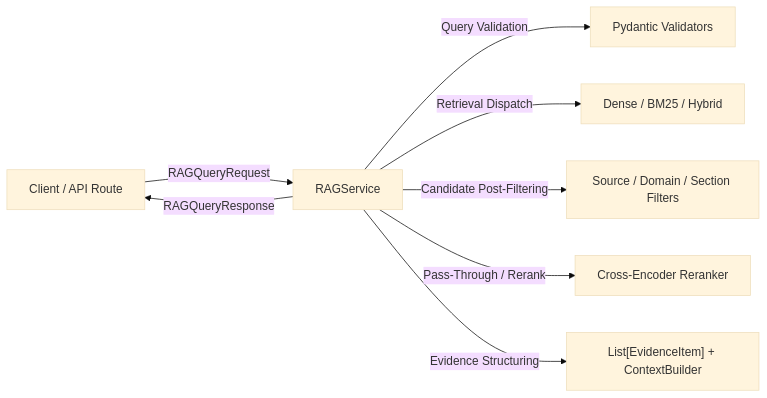
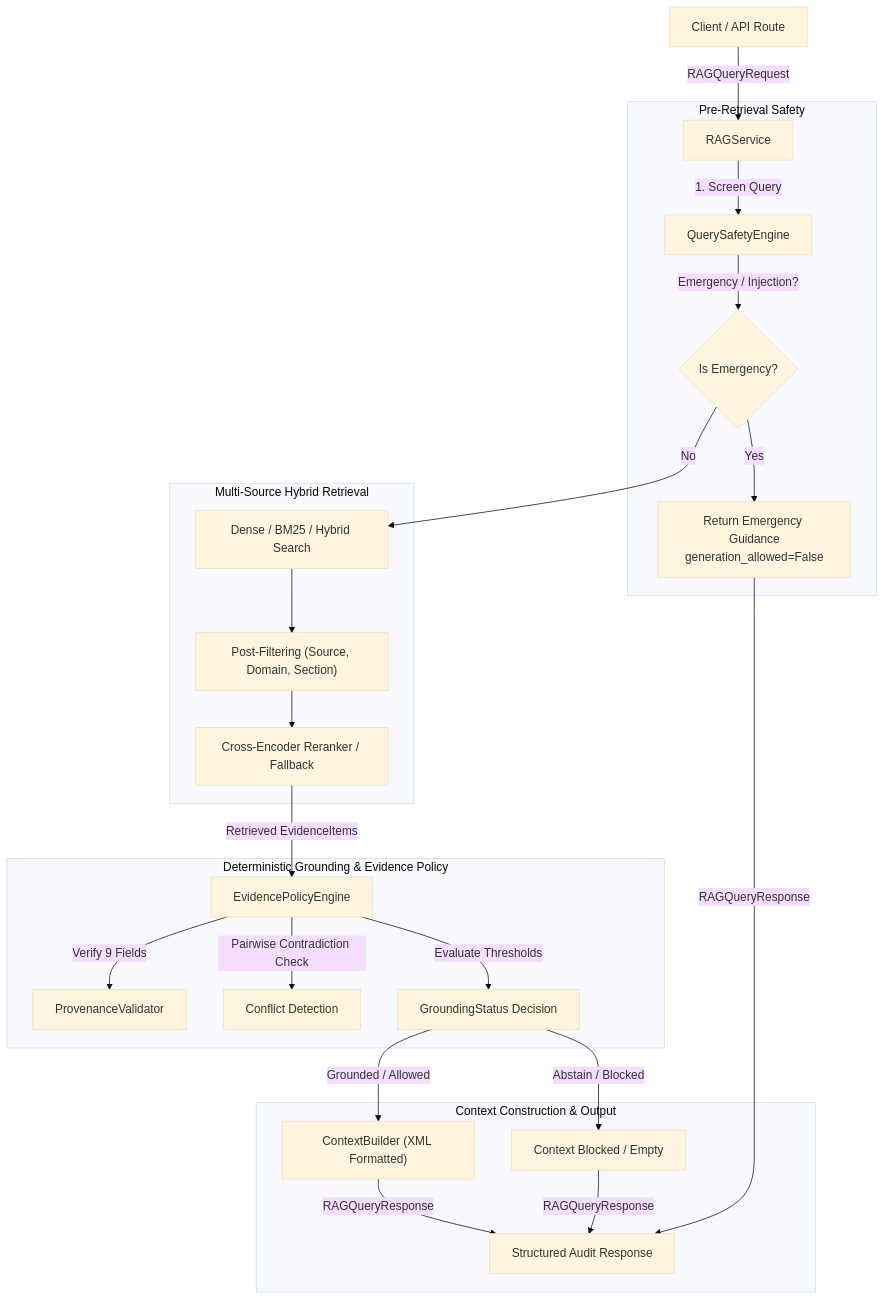
The second of 2 diagrams in .agent/RAG_ARCHITECTURE.md (dragyo7/healthcare-System-major-project-), drawn with Mermaid (base theme) before and after one commit. The commit also changed other lines of this file and 12 other files, not shown here.

Commit message:
feat(rag): add grounding and safety policy foundation

````diff
--- a/.agent/RAG_ARCHITECTURE.md
+++ b/.agent/RAG_ARCHITECTURE.md
@@ -157,10 +157,29 @@
 ```mermaid
-flowchart LR
+flowchart TD
     Client["Client / API Route"] -->|"RAGQueryRequest"| Service["RAGService"]
-    Service -->|"Query Validation"| Validation["Pydantic Validators"]
-    Service -->|"Retrieval Dispatch"| Retrievers["Dense / BM25 / Hybrid"]
-    Service -->|"Candidate Post-Filtering"| Filters["Source / Domain / Section Filters"]
-    Service -->|"Pass-Through / Rerank"| Reranker["Cross-Encoder Reranker"]
-    Service -->|"Evidence Structuring"| Evidence["List[EvidenceItem] + ContextBuilder"]
-    Service -->|"RAGQueryResponse"| Client
+
+    subgraph SafetyTriage [Pre-Retrieval Safety]
+        Service -->|"1. Screen Query"| Safety["QuerySafetyEngine"]
+        Safety -->|"Emergency / Injection?"| Check1{"Is Emergency?"}
+        Check1 -->|Yes| FastFail["Return Emergency Guidance\ngeneration_allowed=False"]
+    end
+
+    subgraph RetrievalCore [Multi-Source Hybrid Retrieval]
+        Check1 -->|No| Retrievers["Dense / BM25 / Hybrid Search"]
+        Retrievers --> Filters["Post-Filtering (Source, Domain, Section)"]
+        Filters --> Reranker["Cross-Encoder Reranker / Fallback"]
+    end
+
+    subgraph GroundingPolicy [Deterministic Grounding & Evidence Policy]
+        Reranker -->|"Retrieved EvidenceItems"| Policy["EvidencePolicyEngine"]
+        Policy -->|"Verify 9 Fields"| Prov["ProvenanceValidator"]
+        Policy -->|"Pairwise Contradiction Check"| Conflict["Conflict Detection"]
+        Policy -->|"Evaluate Thresholds"| GroundCheck["GroundingStatus Decision"]
+    end
+
+    subgraph ContextAssembly [Context Construction & Output]
+        GroundCheck -->|"Grounded / Allowed"| Ctx["ContextBuilder (XML Formatted)"]
+        GroundCheck -->|"Abstain / Blocked"| EmptyCtx["Context Blocked / Empty"]
+        Ctx & EmptyCtx & FastFail -->|"RAGQueryResponse"| Resp["Structured Audit Response"]
+    end
 ```
````
